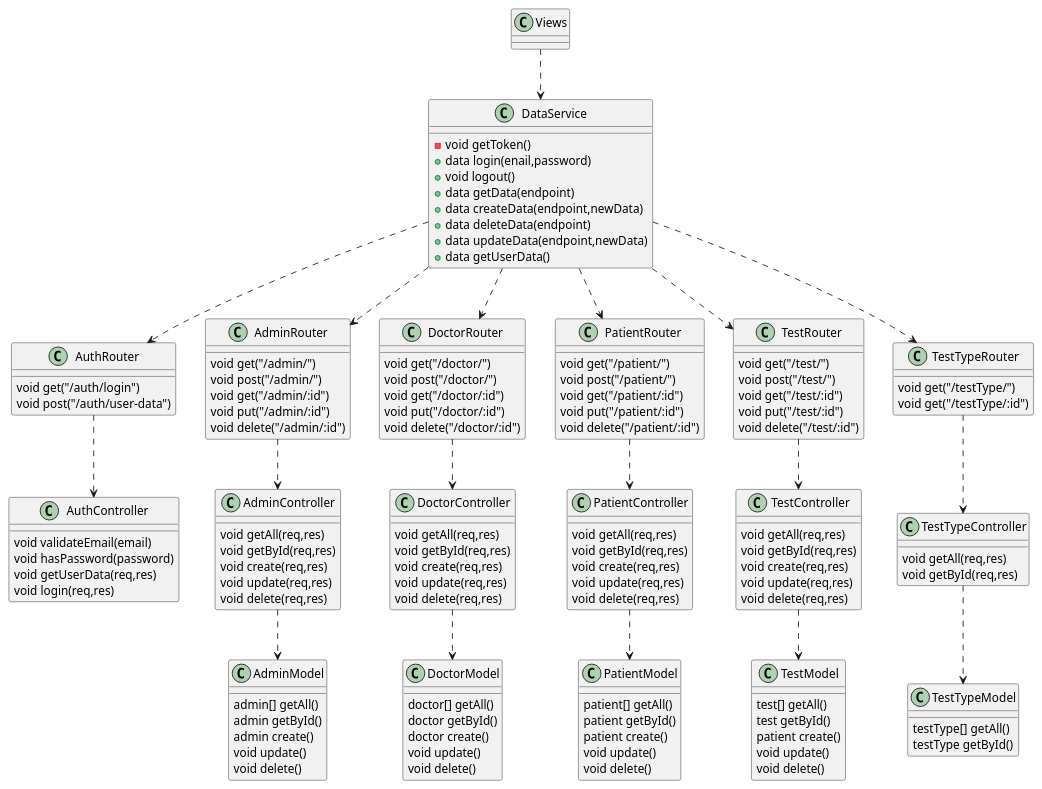
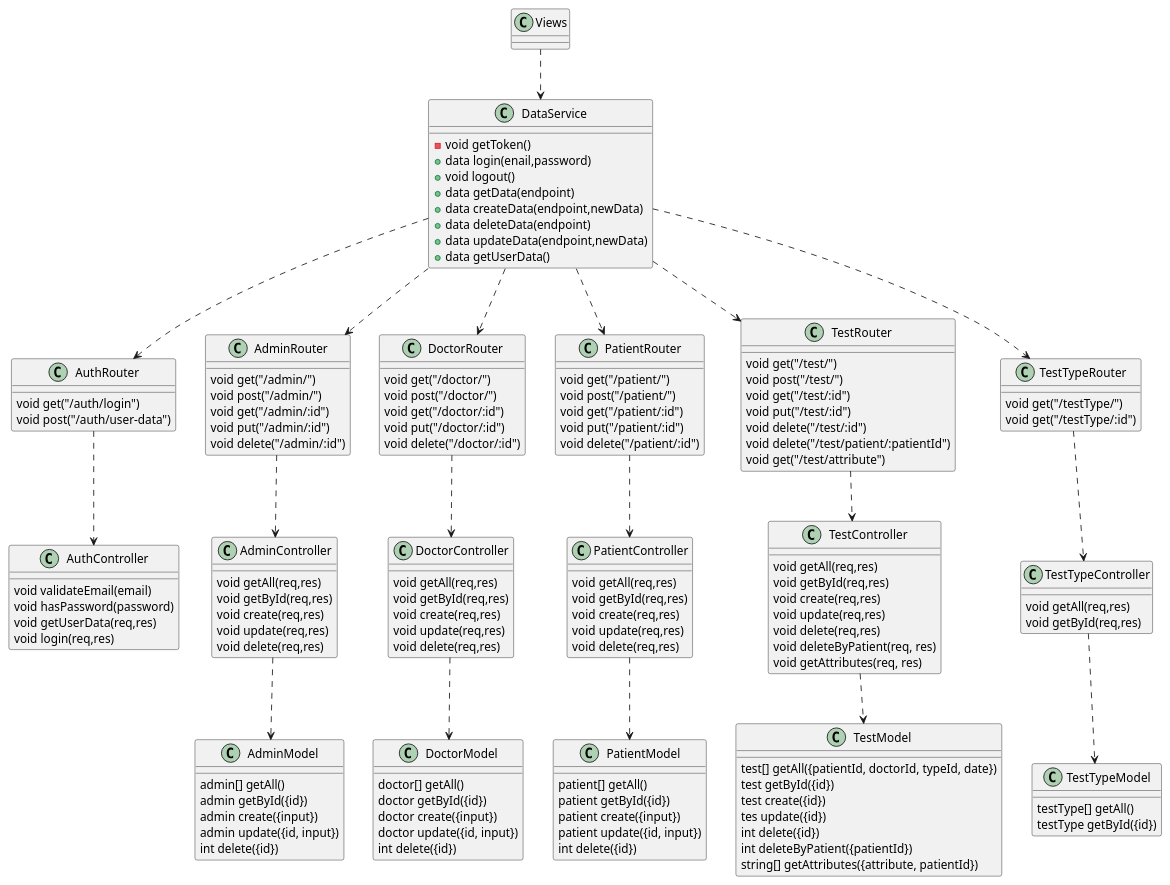
One commit to TFG-SGM/memoria changed the second of 2 diagrams in templateAPP/input/chapters/04_resultado.md. Above: the diagram before and after it, drawn with PlantUML. The commit also changed 6 other files, not shown here.

Commit message:
add some diagram changes

```diff
--- a/templateAPP/input/chapters/04_resultado.md
+++ b/templateAPP/input/chapters/04_resultado.md
@@ -141,6 +141,8 @@
 	void get("/test/:id")
 	void put("/test/:id")
 	void delete("/test/:id")
+	void delete("/test/patient/:patientId")
+	void get("/test/attribute")
 }
 
 class TestTypeRouter {
@@ -186,6 +188,8 @@
 	void create(req,res)
 	void update(req,res)
 	void delete(req,res)
+	void deleteByPatient(req, res)
+	void getAttributes(req, res)
 }
 
 class TestTypeController {
@@ -195,39 +199,41 @@
 
 class AdminModel {
 	admin[] getAll()
-	admin getById()
-	admin create()
-	void update()
-	void delete()
+	admin getById({id})
+	admin create({input})
+	admin update({id, input})
+	int delete({id})
 }
 
 class DoctorModel {
 	doctor[] getAll()
-	doctor getById()
-	doctor create()
-	void update()
-	void delete()
+	doctor getById({id})
+	doctor create({input})
+	doctor update({id, input})
+	int delete({id})
 }
 
 class PatientModel {
 	patient[] getAll()
-	patient getById()
-	patient create()
-	void update()
-	void delete()
+	patient getById({id})
+	patient create({input})
+	patient update({id, input})
+	int delete({id})
 }
 
 class TestModel {
-	test[] getAll()
-	test getById()
-	patient create()
-	void update()
-	void delete()
+	test[] getAll({patientId, doctorId, typeId, date})
+	test getById({id})
+	test create({id})
+	tes update({id})
+	int delete({id})
+	int deleteByPatient({patientId})
+	string[] getAttributes({attribute, patientId})
 }
 
 class TestTypeModel {
 	testType[] getAll()
-	testType getById()
+	testType getById({id})
 }
 
 @enduml
```
